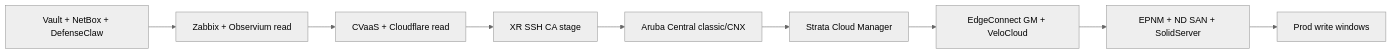
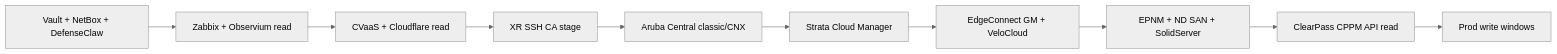
Before and after one commit to j-munroe/NetClaw-Production-Install-Guide: the second of 2 diagrams in docs/PRODUCTION_ENVIRONMENTS.md, drawn with Mermaid (neutral theme). The commit also changed other lines of this file and 9 other files, not shown here.

First line of the commit message:
Add Aruba ClearPass Policy Manager as a NetClaw platform integration

````diff
--- a/docs/PRODUCTION_ENVIRONMENTS.md
+++ b/docs/PRODUCTION_ENVIRONMENTS.md
@@ -277,11 +326,12 @@
 ```mermaid
 flowchart LR
   A[Vault + NetBox + DefenseClaw] --> B[Zabbix + Observium read]
   B --> C[CVaaS + Cloudflare read]
   C --> D[XR SSH CA stage]
   D --> E[Aruba Central classic/CNX]
   E --> F[Strata Cloud Manager]
   F --> G[EdgeConnect GM + VeloCloud]
   G --> H[EPNM + ND SAN + SolidServer]
-  H --> I[Prod write windows]
+  H --> I[ClearPass CPPM API read]
+  I --> J[Prod write windows]
 ```
````
